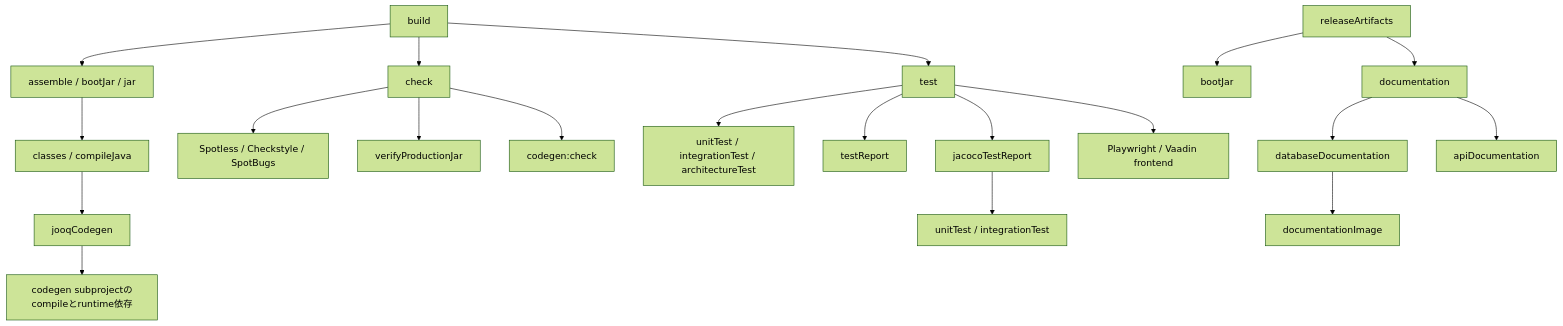
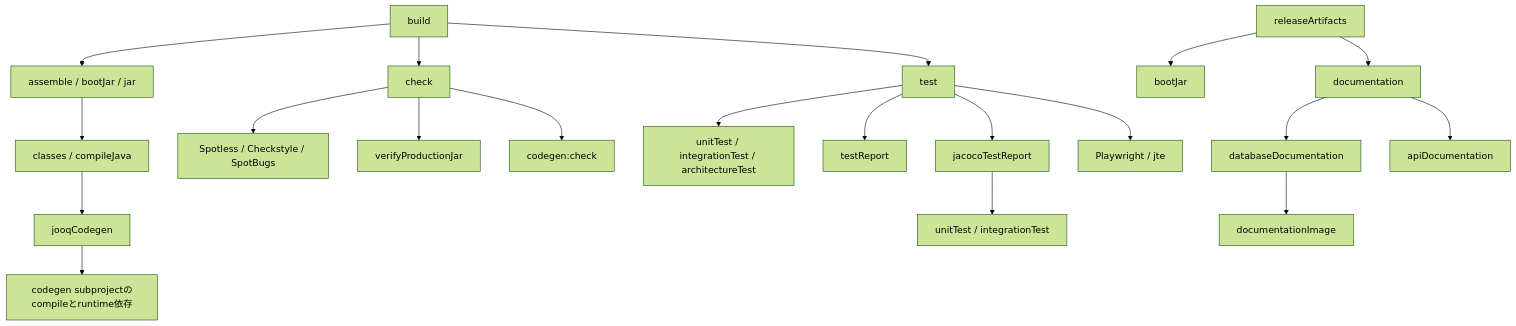
One commit to willowtown0576/spring-application-template changed the first of 2 diagrams in docs/toolchain-maintenance.md. Above: the diagram before and after it, drawn with Mermaid (forest theme). The commit also changed other lines of this file and 49 other files, not shown here.

Commit message:
feat: migrate UI from Vaadin to jte and htmx (#1)

````diff
--- a/docs/toolchain-maintenance.md
+++ b/docs/toolchain-maintenance.md
@@ -51,22 +51,22 @@
 ```mermaid
 flowchart TD
     build[build] --> assemble[assemble / bootJar / jar]
     build --> check[check]
     assemble --> classes[classes / compileJava]
     classes --> codegen[jooqCodegen]
     codegen --> tool[codegen subprojectのcompileとruntime依存]
     build --> tests[test]
     tests --> suites[unitTest / integrationTest / architectureTest]
     tests --> report[testReport]
     tests --> coverage[jacocoTestReport]
     coverage --> unitintegration[unitTest / integrationTest]
     check --> quality[Spotless / Checkstyle / SpotBugs]
     check --> jarcheck[verifyProductionJar]
     check --> toolcheck[codegen:check]
-    tests --> browser[Playwright / Vaadin frontend]
+    tests --> browser[Playwright / jte]
     docs[documentation] --> dbdocs[databaseDocumentation]
     docs --> apidocs[apiDocumentation]
     dbdocs --> image[documentationImage]
     release[releaseArtifacts] --> jar[bootJar]
     release --> docs
 ```
````
